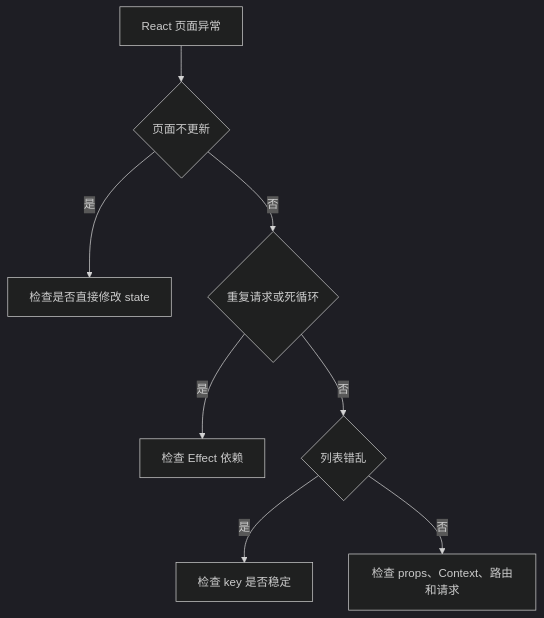
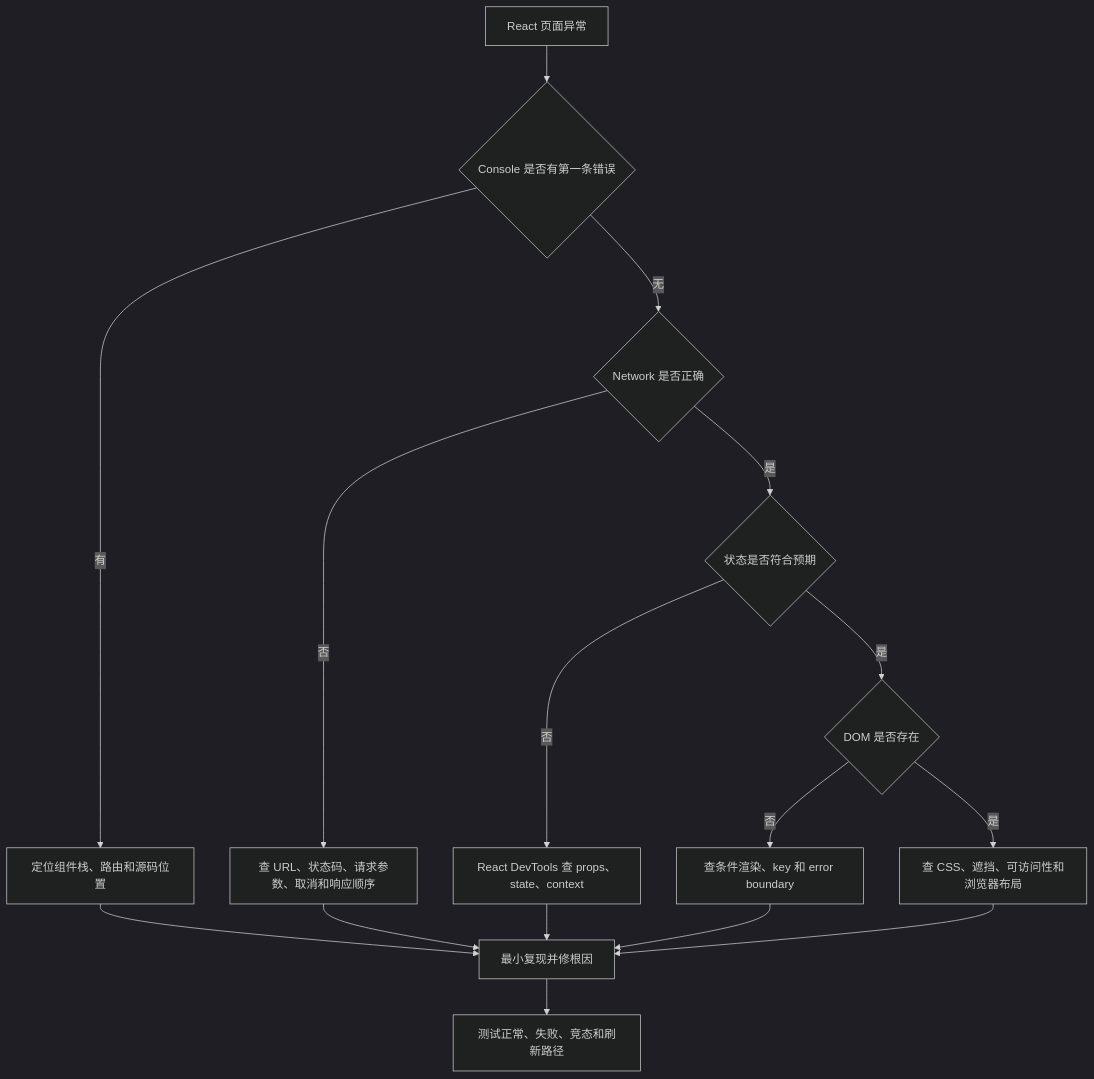
Diagram 18 of 19 in docs/react/visual-guide.md (yokry-he/yok-study-web), drawn with Mermaid (dark theme) before and after one commit. The commit also changed other lines of this file and 14 other files, not shown here.

````diff
--- a/docs/react/visual-guide.md
+++ b/docs/react/visual-guide.md
@@ -148,10 +532,18 @@
 ```mermaid
 flowchart TD
-  A[React 页面异常] --> B{页面不更新}
-  B -- 是 --> C[检查是否直接修改 state]
-  B -- 否 --> D{重复请求或死循环}
-  D -- 是 --> E[检查 Effect 依赖]
-  D -- 否 --> F{列表错乱}
-  F -- 是 --> G[检查 key 是否稳定]
-  F -- 否 --> H[检查 props、Context、路由和请求]
+  A["React 页面异常"] --> B{"Console 是否有第一条错误"}
+  B -- "有" --> C["定位组件栈、路由和源码位置"]
+  B -- "无" --> D{"Network 是否正确"}
+  D -- "否" --> E["查 URL、状态码、请求参数、取消和响应顺序"]
+  D -- "是" --> F{"状态是否符合预期"}
+  F -- "否" --> G["React DevTools 查 props、state、context"]
+  F -- "是" --> H{"DOM 是否存在"}
+  H -- "否" --> I["查条件渲染、key 和 error boundary"]
+  H -- "是" --> J["查 CSS、遮挡、可访问性和浏览器布局"]
+  G --> K["最小复现并修根因"]
+  C --> K
+  E --> K
+  I --> K
+  J --> K
+  K --> L["测试正常、失败、竞态和刷新路径"]
 ```
````
